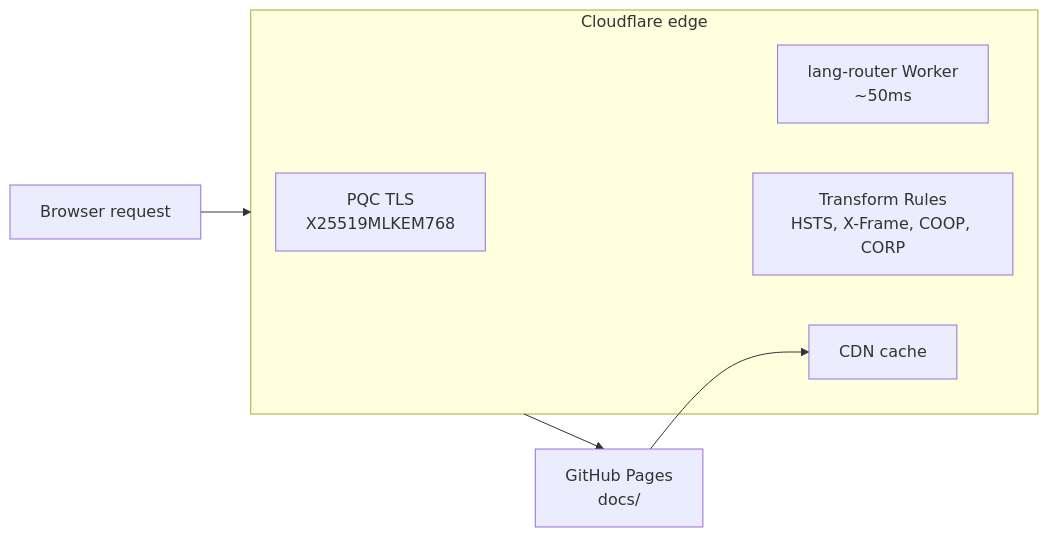
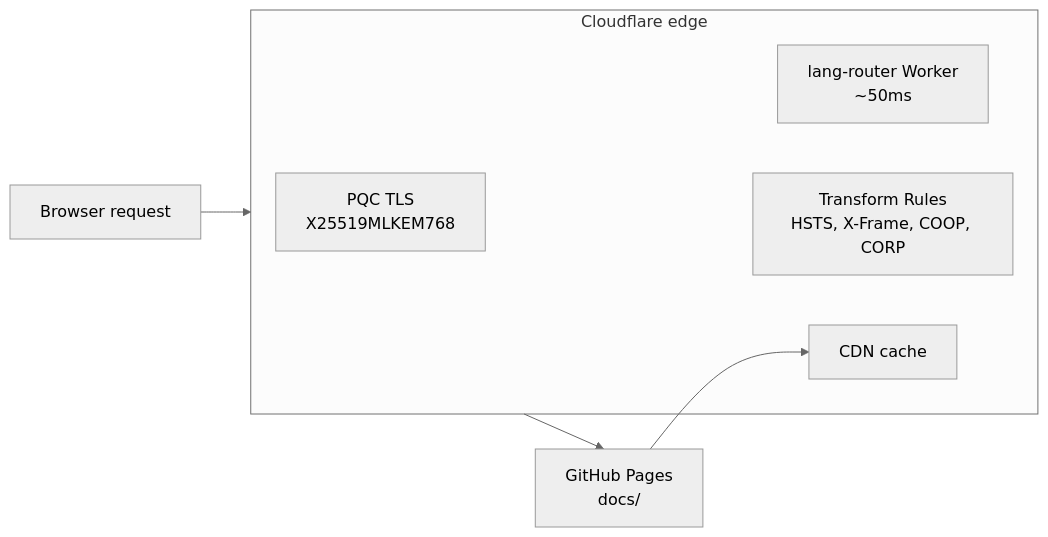
Before and after one commit to sebastienrousseau/sebastienrousseau.github.io: the fourth of 4 diagrams in doc/ARCHITECTURE.md, drawn with Mermaid. The commit also changed other lines of this file and 6 other files, not shown here.

First line of the commit message:
docs: clean Mermaid diagrams — neutral theme, no emoji, restructured long flows

````diff
--- a/doc/ARCHITECTURE.md
+++ b/doc/ARCHITECTURE.md
@@ -239,12 +242,13 @@
 ```mermaid
+%%{init: {'theme':'neutral'} }%%
 flowchart LR
-    REQ[Browser request] --> CF
-    subgraph CF["Cloudflare edge"]
-        PQ[PQC TLS<br/>X25519MLKEM768]
-        WORK[lang-router Worker<br/>~50ms]
-        TR[Transform Rules<br/>HSTS, X-Frame, COOP, CORP]
-        CACHE[CDN cache]
-    end
-    CF --> PAGES[GitHub Pages<br/>docs/]
-    PAGES --> CACHE
+ REQ[Browser request] --> CF
+ subgraph CF["Cloudflare edge"]
+ PQ[PQC TLS<br/>X25519MLKEM768]
+ WORK[lang-router Worker<br/>~50ms]
+ TR[Transform Rules<br/>HSTS, X-Frame, COOP, CORP]
+ CACHE[CDN cache]
+ end
+ CF --> PAGES[GitHub Pages<br/>docs/]
+ PAGES --> CACHE
 ```
````
